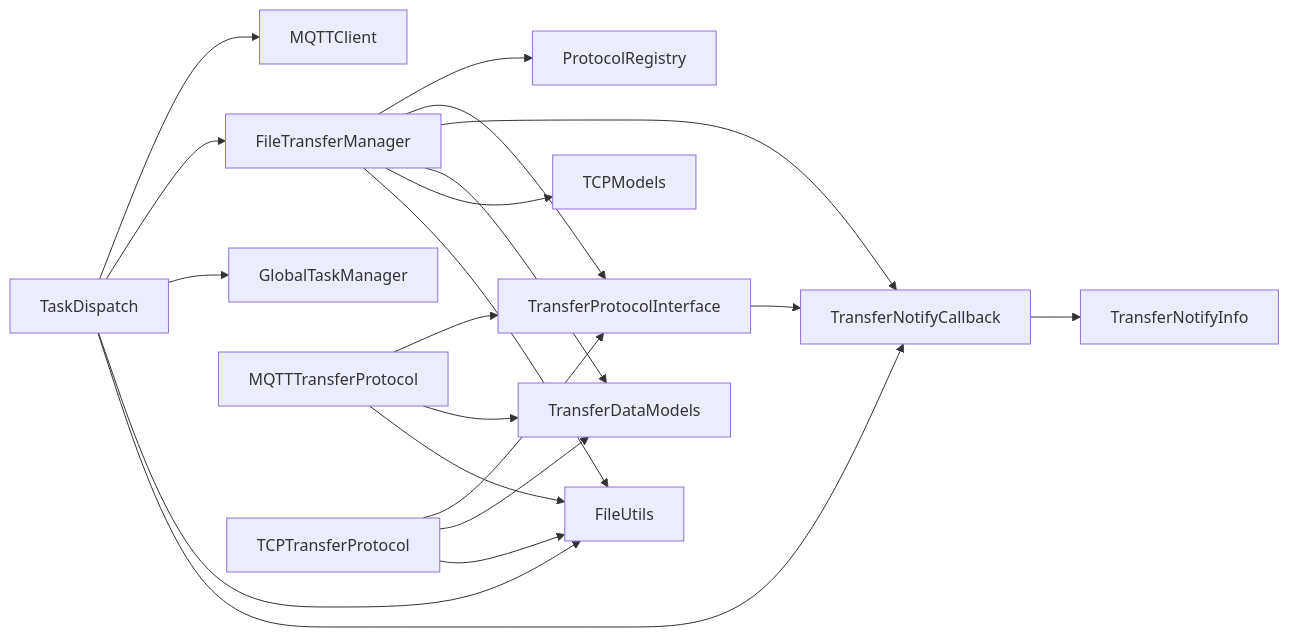
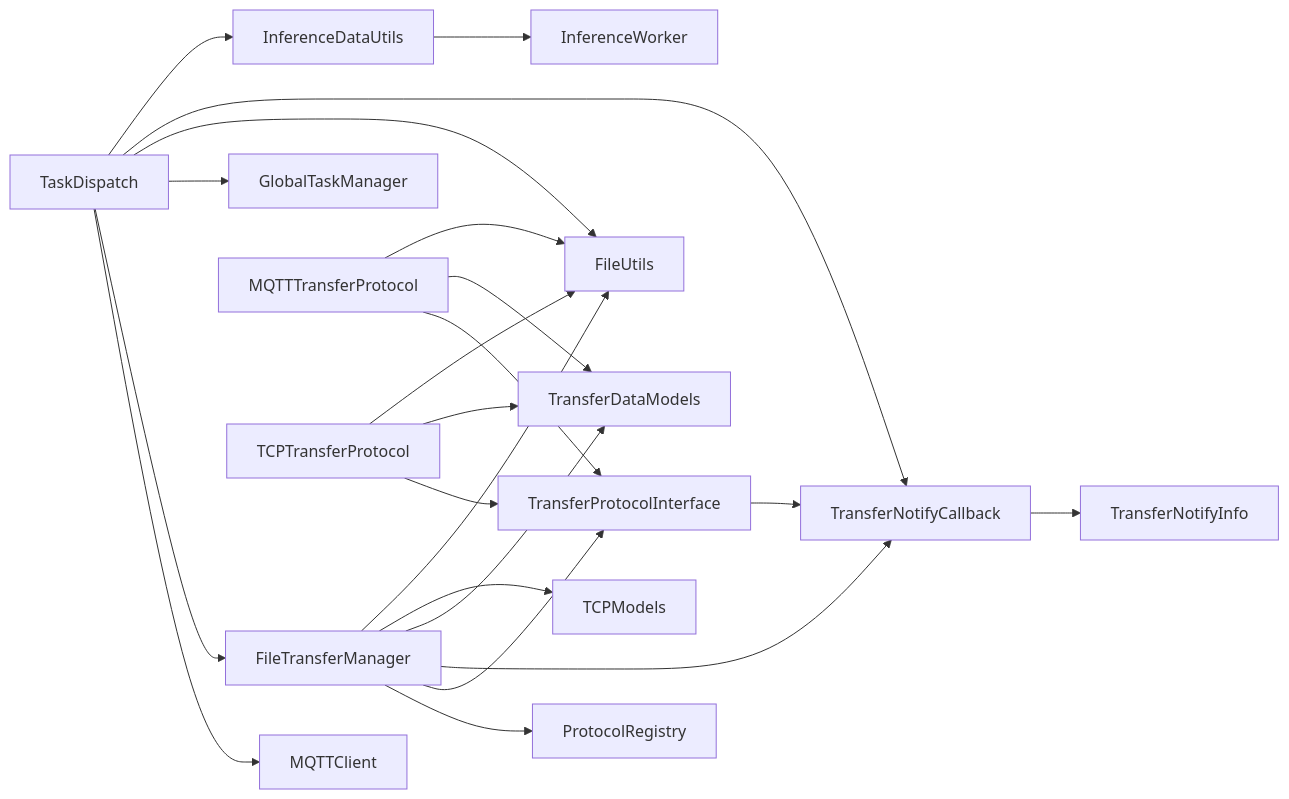
The ninth of 9 diagrams in .qoder/repowiki/zh/content/任务调度系统/任务分发机制.md (huo65/OH-Co3), drawn with Mermaid before and after one commit. The commit also changed other lines of this file and 15 other files, not shown here.

````diff
--- a/.qoder/repowiki/zh/content/任务调度系统/任务分发机制.md
+++ b/.qoder/repowiki/zh/content/任务调度系统/任务分发机制.md
@@ -639,22 +703,24 @@
 ```mermaid
 graph LR
 TaskDispatch --> MQTTClient
 TaskDispatch --> FileTransferManager
 TaskDispatch --> GlobalTaskManager
 TaskDispatch --> FileUtils
 TaskDispatch --> TransferNotifyCallback
+TaskDispatch --> InferenceDataUtils
 FileTransferManager --> ProtocolRegistry
 FileTransferManager --> TransferProtocolInterface
 FileTransferManager --> TransferNotifyCallback
 FileTransferManager --> TransferDataModels
 FileTransferManager --> TCPModels
 FileTransferManager --> FileUtils
 TransferProtocolInterface --> TransferNotifyCallback
 TransferNotifyCallback --> TransferNotifyInfo
 MQTTTransferProtocol --> TransferProtocolInterface
 TCPTransferProtocol --> TransferProtocolInterface
 MQTTTransferProtocol --> TransferDataModels
 TCPTransferProtocol --> TransferDataModels
 MQTTTransferProtocol --> FileUtils
 TCPTransferProtocol --> FileUtils
+InferenceDataUtils --> InferenceWorker
 ```
````
